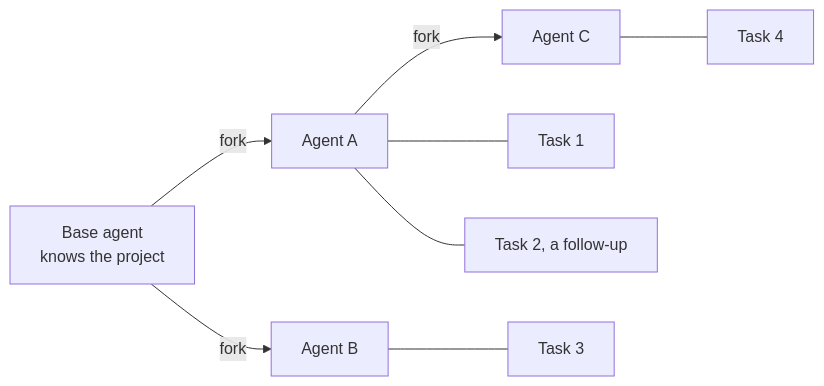
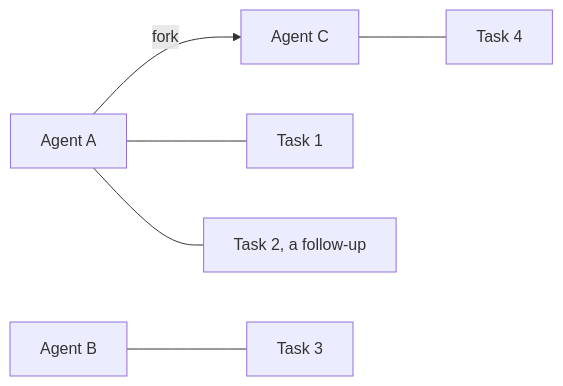
One commit to andrei512/devpage changed the diagram in docs/boxes/viewer/live-session/agents/slow-agents/README.md. Above: the diagram before and after it, drawn with Mermaid. The commit also changed other lines of this file and 45 other files, not shown here.

First line of the commit message:
No base agent, and the world's parts documented

````diff
--- a/docs/boxes/viewer/live-session/agents/slow-agents/README.md
+++ b/docs/boxes/viewer/live-session/agents/slow-agents/README.md
@@ -19,10 +19,9 @@
 ```mermaid
 flowchart LR
-  base["Base agent<br/>knows the project"] -->|"fork"| a["Agent A"]
-  base -->|"fork"| b["Agent B"]
-  a -->|"fork"| c["Agent C"]
+  a["Agent A"] -->|"fork"| c["Agent C"]
+  b["Agent B"]
   a --- t1["Task 1"]
   a --- t2["Task 2, a follow-up"]
   b --- t3["Task 3"]
   c --- t4["Task 4"]
 ```
````
